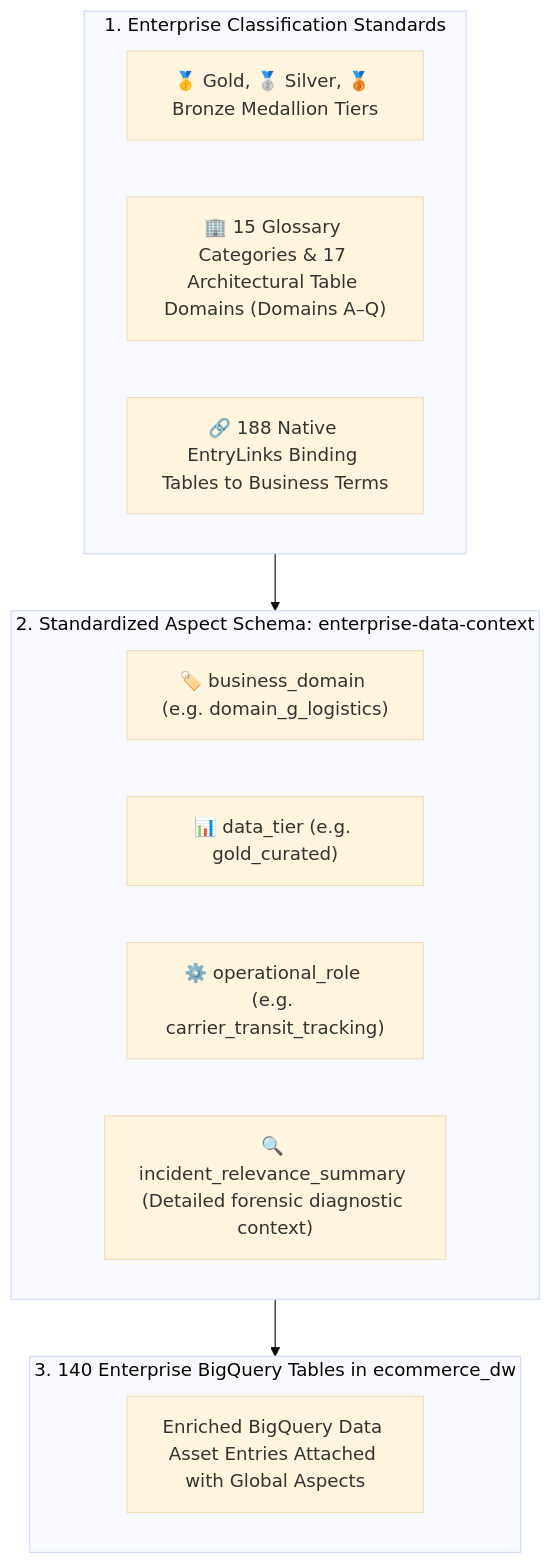
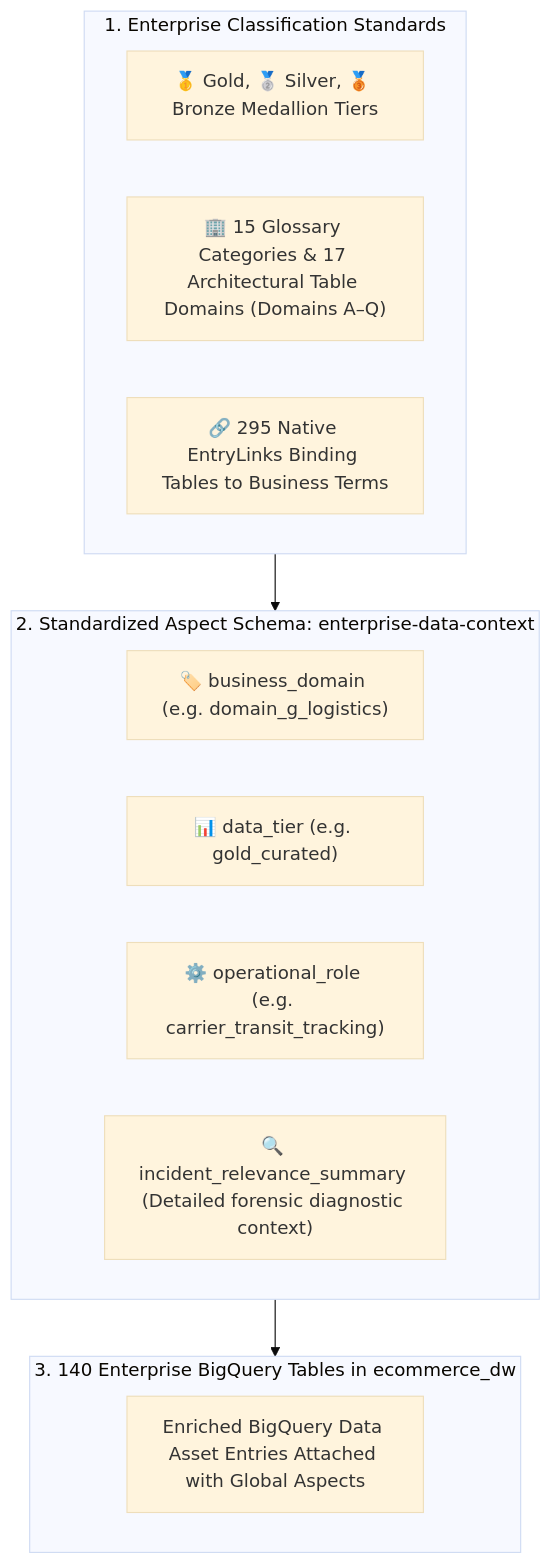
The second of 6 diagrams in docs/DATA_CONTEXT_AND_SEMANTICS_GUIDE.md (kestutisgoogle/black-week), drawn with Mermaid (base theme) before and after one commit. The commit also changed other lines of this file and 53 other files, not shown here.

````diff
--- a/docs/DATA_CONTEXT_AND_SEMANTICS_GUIDE.md
+++ b/docs/DATA_CONTEXT_AND_SEMANTICS_GUIDE.md
@@ -57,22 +57,22 @@
 ```mermaid
 graph TD
     subgraph S1["1. Enterprise Classification Standards"]
         D1["🥇 Gold, 🥈 Silver, 🥉 Bronze Medallion Tiers"]
         D2["🏢 15 Glossary Categories & 17 Architectural Table Domains (Domains A–Q)"]
-        D3["🔗 188 Native EntryLinks Binding Tables to Business Terms"]
+        D3["🔗 295 Native EntryLinks Binding Tables to Business Terms"]
     end
 
     subgraph S2["2. Standardized Aspect Schema: enterprise-data-context"]
         A1["🏷️ business_domain (e.g. domain_g_logistics)"]
         A2["📊 data_tier (e.g. gold_curated)"]
         A3["⚙️ operational_role (e.g. carrier_transit_tracking)"]
         A4["🔍 incident_relevance_summary (Detailed forensic diagnostic context)"]
     end
 
     subgraph S3["3. 140 Enterprise BigQuery Tables in ecommerce_dw"]
         T1["Enriched BigQuery Data Asset Entries Attached with Global Aspects"]
     end
 
     S1 --> S2
     S2 --> S3
 ```
````
